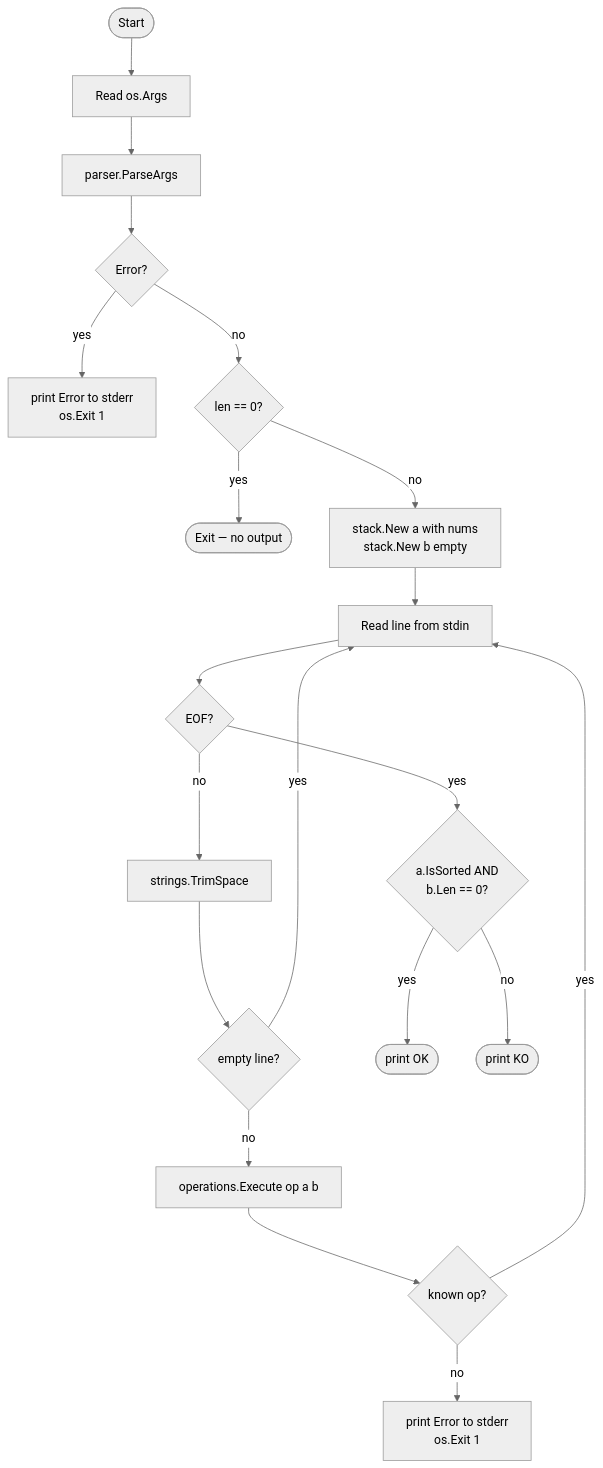
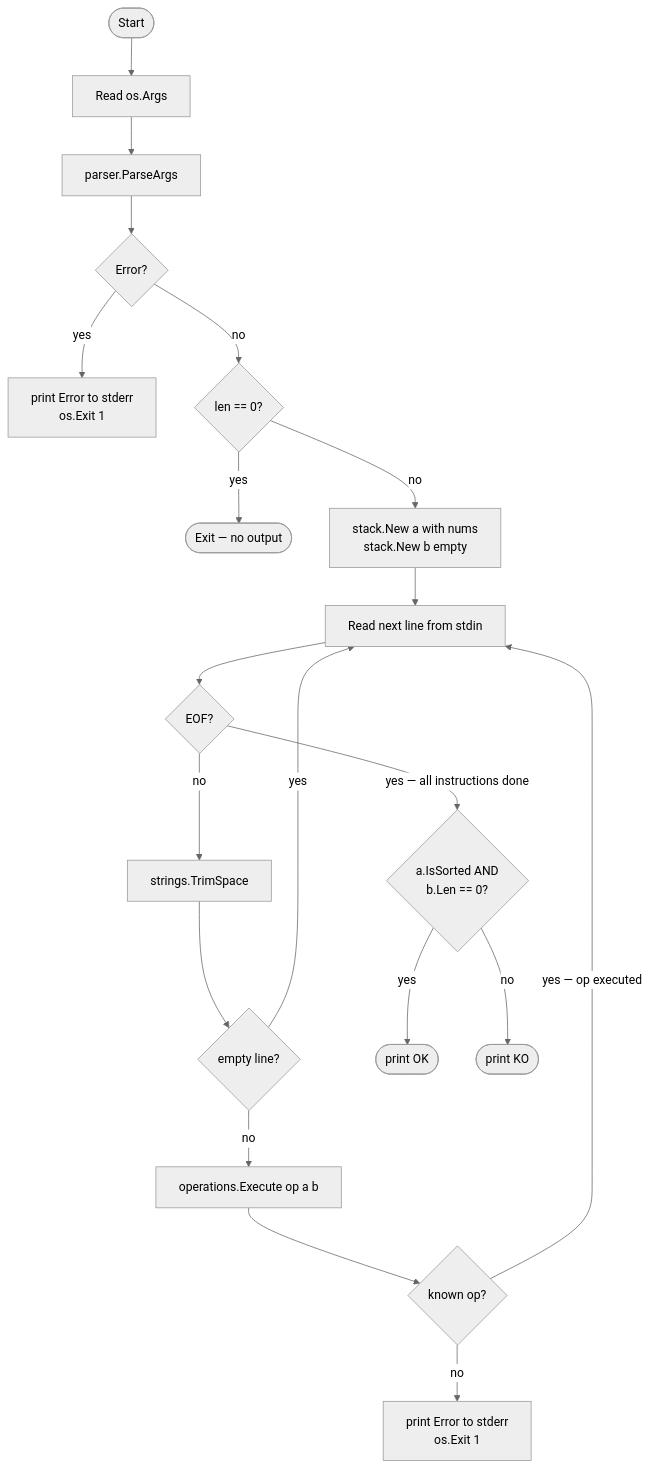
The second of 2 diagrams in diagrams/flowchart.md (sofianna12/push-swap), drawn with Mermaid (neutral theme) before and after one commit. The commit also changed other lines of this file, not shown here.

Commit message:
docs: simplify flowchart by removing sort algorithm decision tree

````diff
--- a/diagrams/flowchart.md
+++ b/diagrams/flowchart.md
@@ -40,26 +40,26 @@
 ```mermaid
 flowchart TD
     A([Start]) --> B[Read os.Args]
     B --> C[parser.ParseArgs]
     C --> D{Error?}
     D -->|yes| E[print Error to stderr
 os.Exit 1]
     D -->|no| F{len == 0?}
     F -->|yes| G([Exit — no output])
     F -->|no| H[stack.New a with nums
 stack.New b empty]
-    H --> I[Read line from stdin]
+    H --> I[Read next line from stdin]
     I --> J{EOF?}
     J -->|no| K[strings.TrimSpace]
     K --> L{empty line?}
     L -->|yes| I
     L -->|no| M[operations.Execute op a b]
     M --> N{known op?}
     N -->|no| O[print Error to stderr
 os.Exit 1]
-    N -->|yes| I
-    J -->|yes| P{a.IsSorted AND
+    N -->|yes — op executed| I
+    J -->|yes — all instructions done| P{a.IsSorted AND
 b.Len == 0?}
     P -->|yes| Q([print OK])
     P -->|no| R([print KO])
 ```
````
